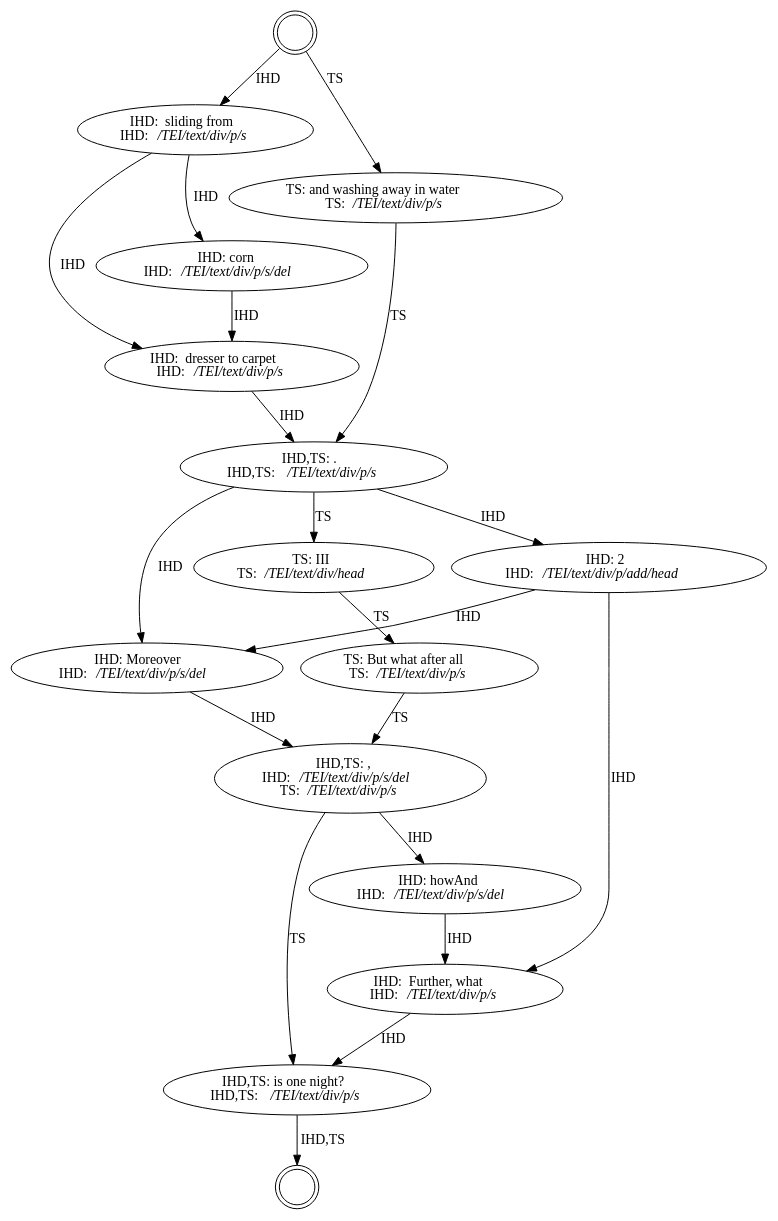
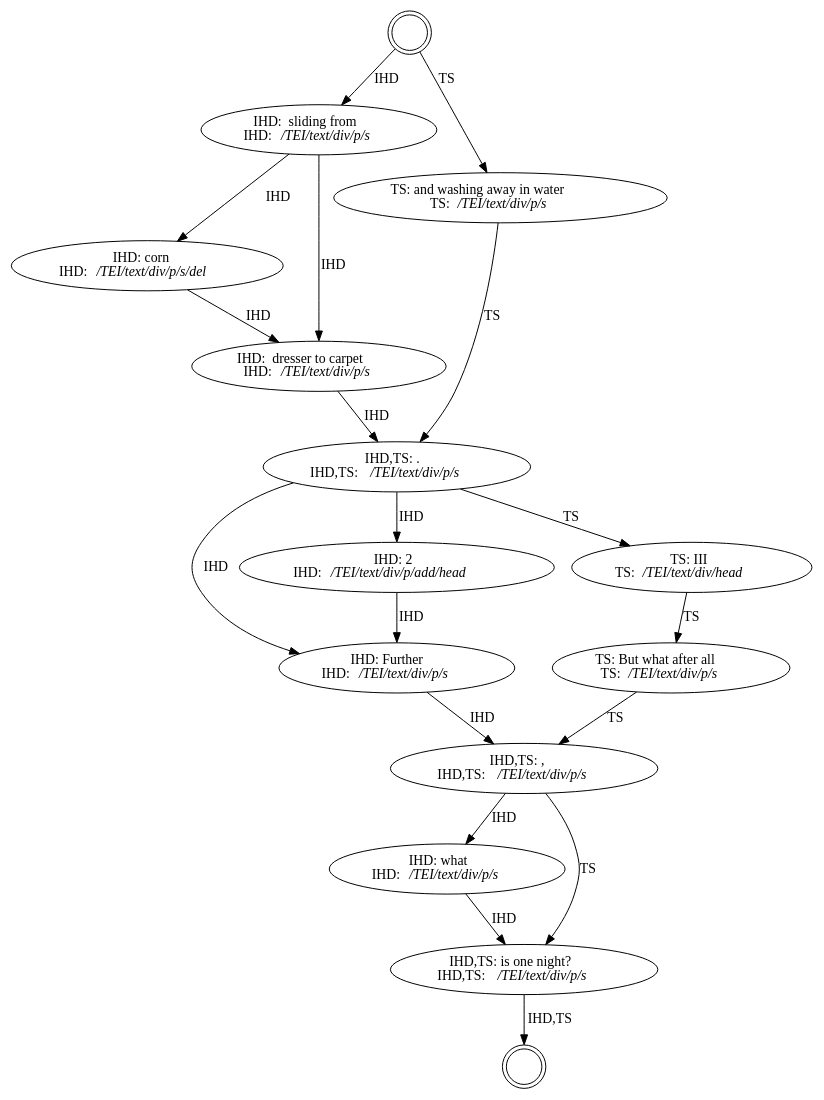
One commit to HuygensING/hyper-collate changed the diagram in doc/nla-433/1-generated/generated-variation-in-structure-2.dot. Above: the diagram before and after it, drawn with Graphviz. The commit also changed 5 other files, not shown here.

```diff
--- a/doc/nla-433/1-generated/generated-variation-in-structure-2.dot
+++ b/doc/nla-433/1-generated/generated-variation-in-structure-2.dot
@@ -1,38 +1,35 @@
 digraph CollationGraph{
 labelloc=b
 t000 [label="";shape=doublecircle,rank=middle]
 t001 [label="";shape=doublecircle,rank=middle]
 t002 [label=<IHD: &nbsp;sliding&nbsp;from&nbsp;<br/>IHD: <i>/TEI/text/div/p/s</i>>]
-t003 [label=<IHD: Moreover<br/>IHD: <i>/TEI/text/div/p/s/del</i>>]
-t004 [label=<IHD,TS: ,&nbsp;<br/>IHD: <i>/TEI/text/div/p/s/del</i><br/>TS: <i>/TEI/text/div/p/s</i><br/>>]
-t005 [label=<IHD: howAnd<br/>IHD: <i>/TEI/text/div/p/s/del</i>>]
-t006 [label=<IHD: &nbsp;Further,&nbsp;what&nbsp;<br/>IHD: <i>/TEI/text/div/p/s</i>>]
-t007 [label=<IHD,TS: is&nbsp;one&nbsp;night?<br/>IHD,TS: <i>/TEI/text/div/p/s</i>>]
-t008 [label=<IHD: corn<br/>IHD: <i>/TEI/text/div/p/s/del</i>>]
-t009 [label=<IHD: &nbsp;dresser&nbsp;to&nbsp;carpet<br/>IHD: <i>/TEI/text/div/p/s</i>>]
-t010 [label=<IHD,TS: .<br/>IHD,TS: <i>/TEI/text/div/p/s</i>>]
-t011 [label=<IHD: 2<br/>IHD: <i>/TEI/text/div/p/add/head</i>>]
-t012 [label=<TS: and&nbsp;washing&nbsp;away&nbsp;in&nbsp;water<br/>TS: <i>/TEI/text/div/p/s</i>>]
-t013 [label=<TS: III<br/>TS: <i>/TEI/text/div/head</i>>]
-t014 [label=<TS: But&nbsp;what&nbsp;after&nbsp;all<br/>TS: <i>/TEI/text/div/p/s</i>>]
+t003 [label=<IHD: Further<br/>IHD: <i>/TEI/text/div/p/s</i>>]
+t004 [label=<IHD,TS: ,&nbsp;<br/>IHD,TS: <i>/TEI/text/div/p/s</i>>]
+t005 [label=<IHD: what&nbsp;<br/>IHD: <i>/TEI/text/div/p/s</i>>]
+t006 [label=<IHD,TS: is&nbsp;one&nbsp;night?<br/>IHD,TS: <i>/TEI/text/div/p/s</i>>]
+t007 [label=<IHD: corn<br/>IHD: <i>/TEI/text/div/p/s/del</i>>]
+t008 [label=<IHD: &nbsp;dresser&nbsp;to&nbsp;carpet<br/>IHD: <i>/TEI/text/div/p/s</i>>]
+t009 [label=<IHD,TS: .<br/>IHD,TS: <i>/TEI/text/div/p/s</i>>]
+t010 [label=<IHD: 2<br/>IHD: <i>/TEI/text/div/p/add/head</i>>]
+t011 [label=<TS: and&nbsp;washing&nbsp;away&nbsp;in&nbsp;water<br/>TS: <i>/TEI/text/div/p/s</i>>]
+t012 [label=<TS: III<br/>TS: <i>/TEI/text/div/head</i>>]
+t013 [label=<TS: But&nbsp;what&nbsp;after&nbsp;all<br/>TS: <i>/TEI/text/div/p/s</i>>]
 t000->t002[label="IHD"]
-t000->t012[label="TS"]
+t000->t011[label="TS"]
+t002->t007[label="IHD"]
 t002->t008[label="IHD"]
-t002->t009[label="IHD"]
 t003->t004[label="IHD"]
 t004->t005[label="IHD"]
-t004->t007[label="TS"]
+t004->t006[label="TS"]
 t005->t006[label="IHD"]
-t006->t007[label="IHD"]
-t007->t001[label="IHD,TS"]
+t006->t001[label="IHD,TS"]
+t007->t008[label="IHD"]
 t008->t009[label="IHD"]
+t009->t003[label="IHD"]
 t009->t010[label="IHD"]
+t009->t012[label="TS"]
 t010->t003[label="IHD"]
-t010->t011[label="IHD"]
-t010->t013[label="TS"]
-t011->t003[label="IHD"]
-t011->t006[label="IHD"]
-t012->t010[label="TS"]
-t013->t014[label="TS"]
-t014->t004[label="TS"]
+t011->t009[label="TS"]
+t012->t013[label="TS"]
+t013->t004[label="TS"]
 }
```
